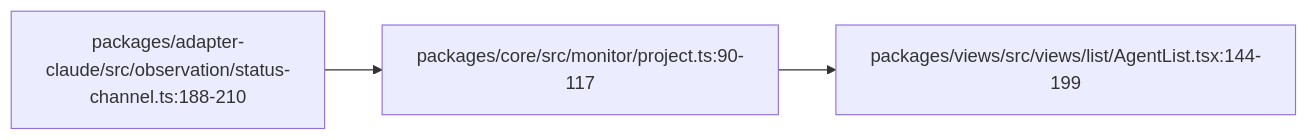
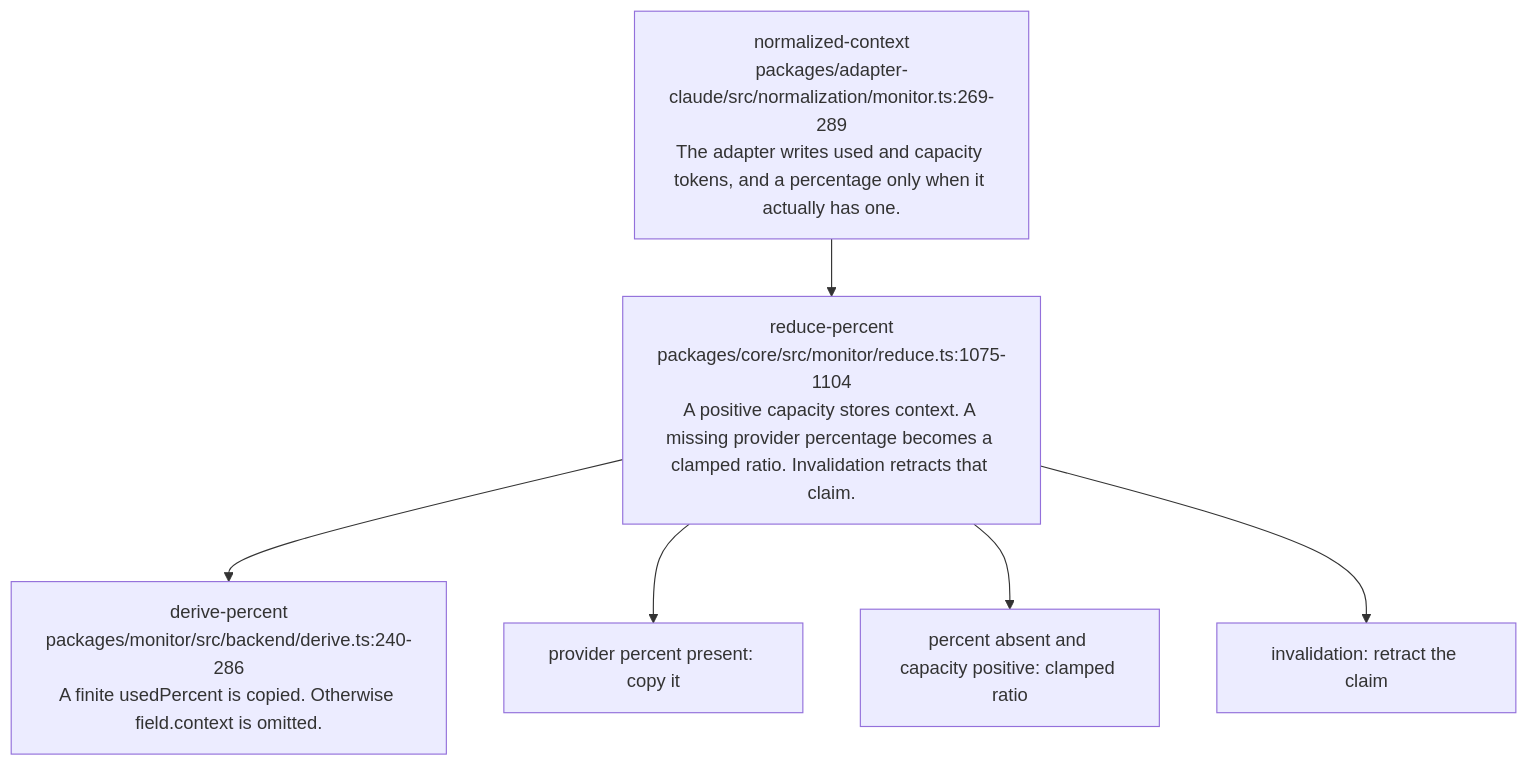
The diagram in audit/godview/evidence/claude/context.usedPercent.mmd (vibefield/puppeteer), drawn with Mermaid before and after one commit. The commit also changed 746 other files, not shown here.

First line of the commit message:
Apply adapter-specific UI reachability to first-half monitor traces.

```diff
--- a/audit/godview/evidence/claude/context.usedPercent.mmd
+++ b/audit/godview/evidence/claude/context.usedPercent.mmd
@@ -1,9 +1,12 @@
-%% graph_ref: path.context
-%% shared_map: 07e71c9bcb9532fc181e3f667f2d0ed2e7c9afaf
+%% field: field.context.usedPercent
+%% adapter: claude
 %% forensic: source-read 748d015a7e393112e0a91dad80111fdf5abe6583; not a live sample
-flowchart LR
-  n0["packages/adapter-claude/src/observation/status-channel.ts:188-210"]
-  n1["packages/core/src/monitor/project.ts:90-117"]
+flowchart TD
+  n0["normalized-context\npackages/adapter-claude/src/normalization/monitor.ts:269-289\nThe adapter writes used and capacity tokens, and a percentage only when it actually has one."]
+  n1["reduce-percent\npackages/core/src/monitor/reduce.ts:1075-1104\nA positive capacity stores context. A missing provider percentage becomes a clamped ratio. Invalidation retracts that claim."]
   n0 --> n1
-  n2["packages/views/src/views/list/AgentList.tsx:144-199"]
+  n2["derive-percent\npackages/monitor/src/backend/derive.ts:240-286\nA finite usedPercent is copied. Otherwise field.context is omitted."]
   n1 --> n2
+  n1 --> copied["provider percent present: copy it"]
+  n1 --> derived["percent absent and capacity positive: clamped ratio"]
+  n1 --> retracted["invalidation: retract the claim"]
```
